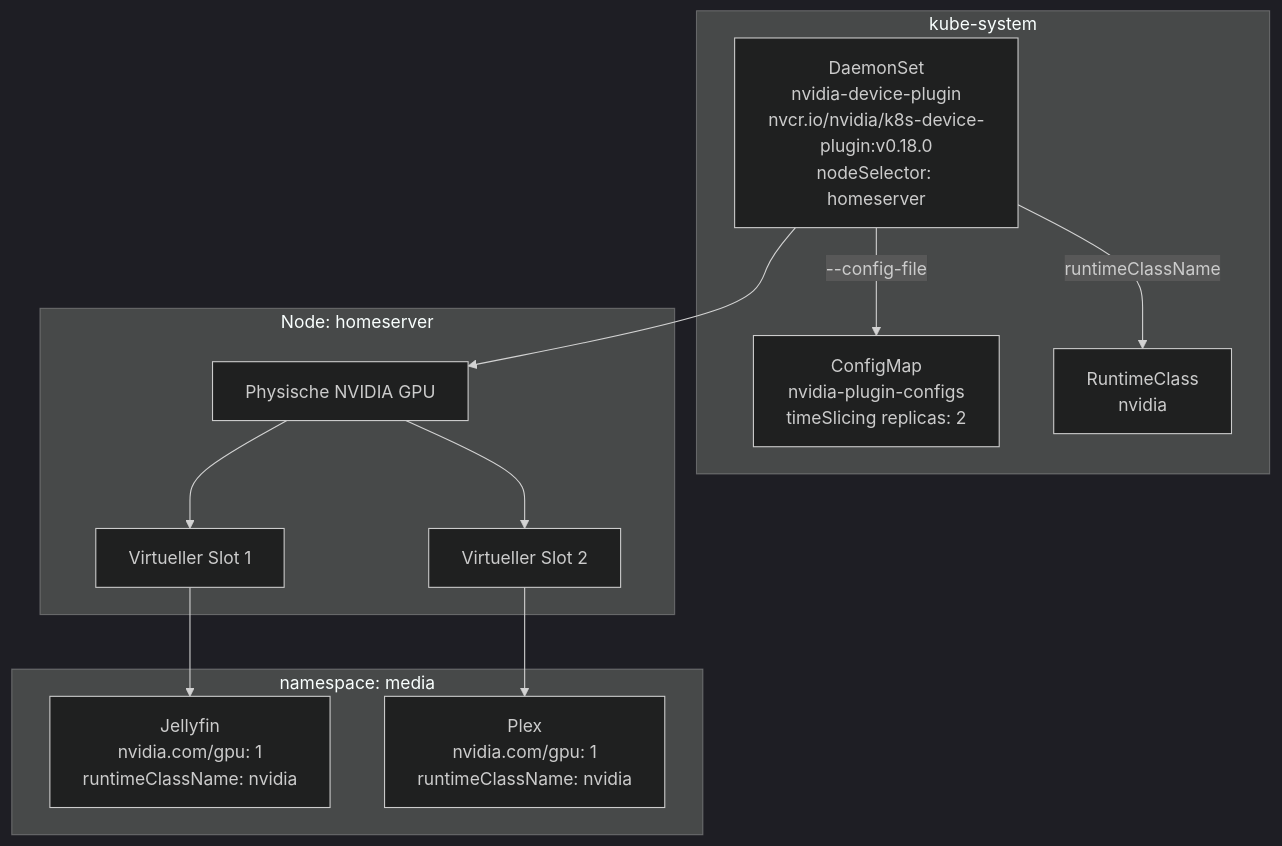
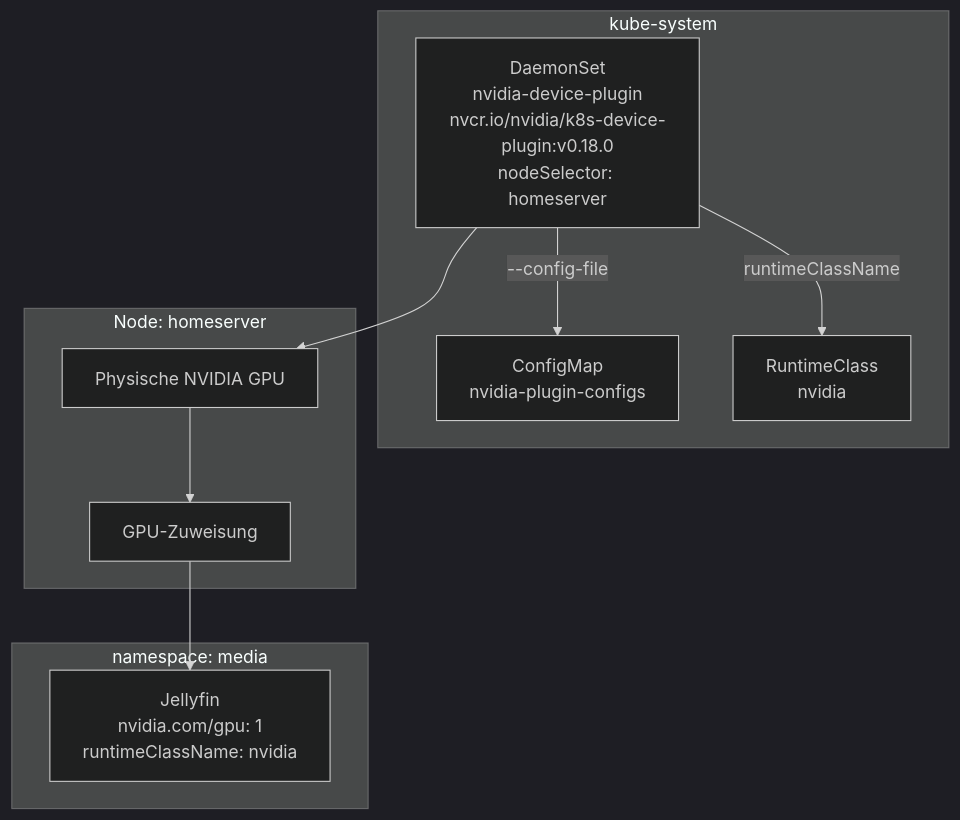
Before and after one commit to JanikHenz/my-homelab: the seventh of 7 diagrams in README.md, drawn with Mermaid (dark theme). The commit also changed other lines of this file and 3 other files, not shown here.

````diff
--- a/README.md
+++ b/README.md
@@ -426,27 +427,23 @@
 ```mermaid
 flowchart TD
     subgraph KUBE_SYSTEM["kube-system"]
-        CM["ConfigMap\nnvidia-plugin-configs\ntimeSlicing replicas: 2"]
+        CM["ConfigMap\nnvidia-plugin-configs"]
         RC["RuntimeClass\nnvidia"]
         DS["DaemonSet\nnvidia-device-plugin\nnvcr.io/nvidia/k8s-device-plugin:v0.18.0\nnodeSelector: homeserver"]
         DS -->|"--config-file"| CM
         DS -->|"runtimeClassName"| RC
     end
 
     subgraph NODE["Node: homeserver"]
         GPU_HW["Physische NVIDIA GPU"]
-        SLOT1["Virtueller Slot 1"]
-        SLOT2["Virtueller Slot 2"]
+        SLOT1["GPU-Zuweisung"]
         GPU_HW --> SLOT1
-        GPU_HW --> SLOT2
     end
 
     subgraph MEDIA["namespace: media"]
         JF["Jellyfin\nnvidia.com/gpu: 1\nruntimeClassName: nvidia"]
-        PL["Plex\nnvidia.com/gpu: 1\nruntimeClassName: nvidia"]
     end
 
     DS --> GPU_HW
     SLOT1 --> JF
-    SLOT2 --> PL
 ```
````
